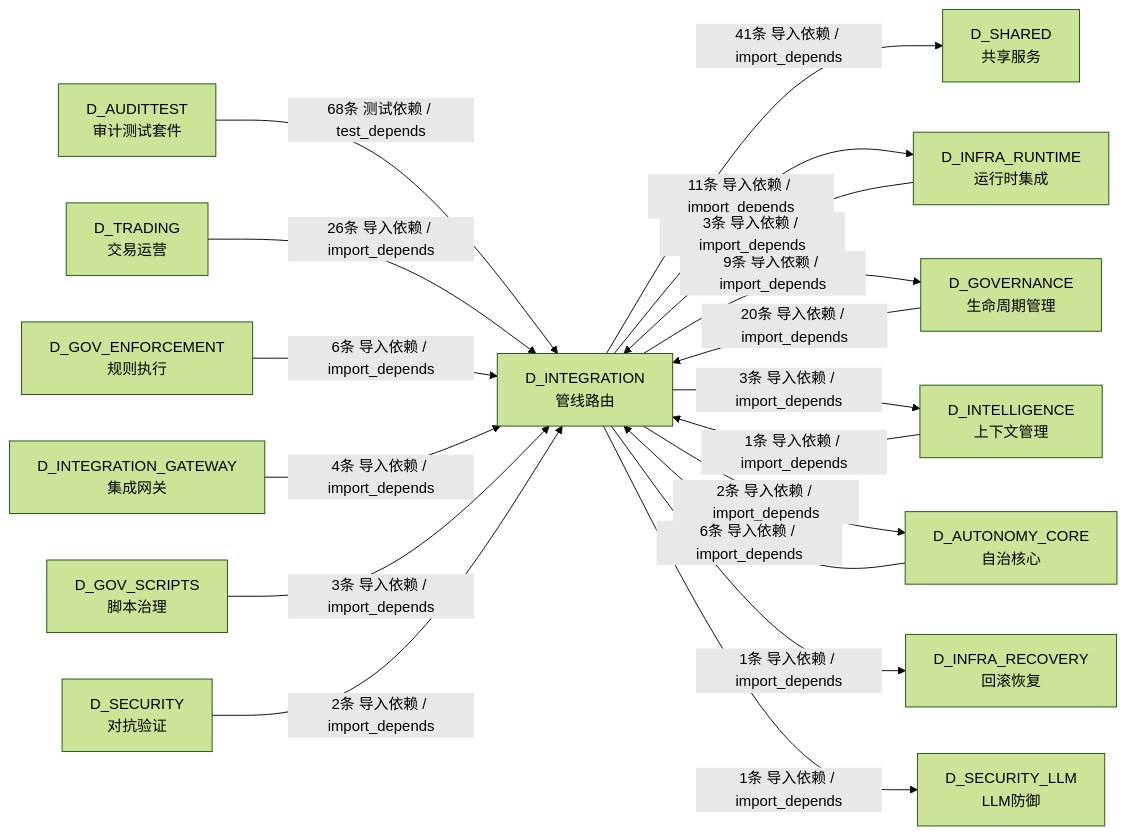
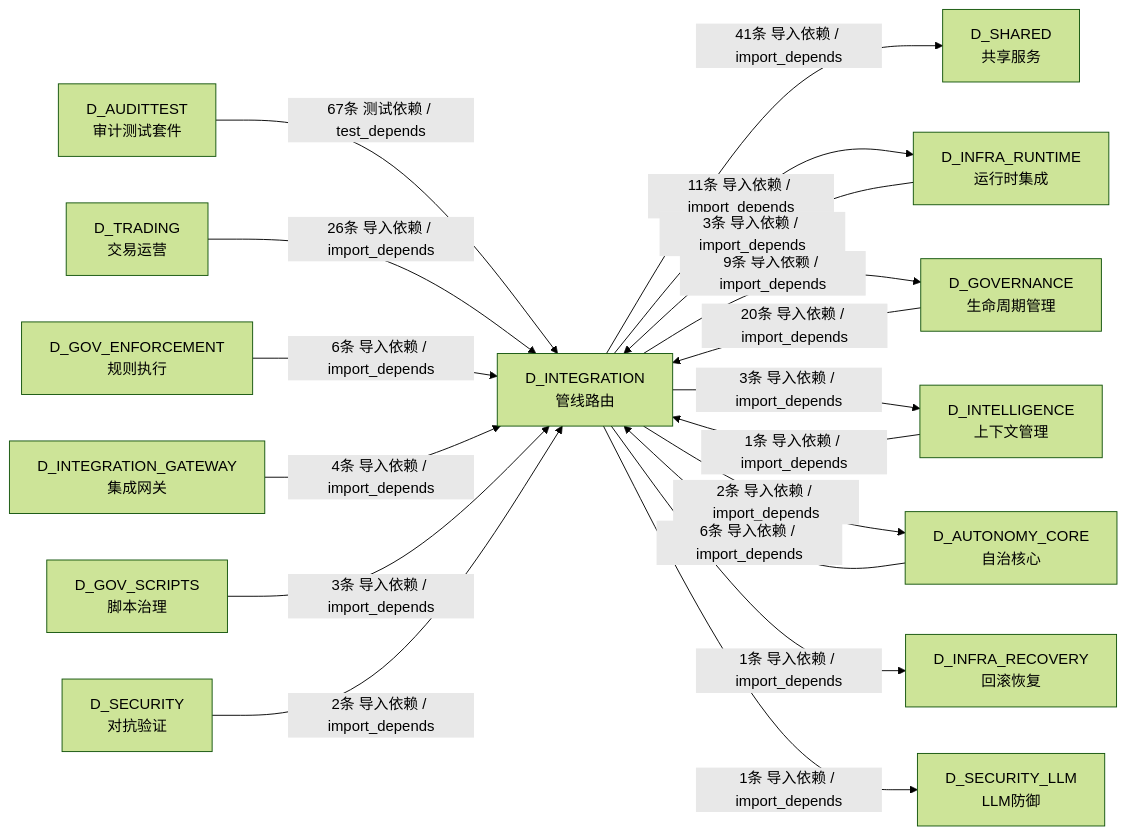
Before and after one commit to xuanFelixVan/ZephyrAlpha: the sixth of 6 diagrams in docs/02_enterprise_architecture/02_domain_architecture_docs/12_d_integration.md, drawn with Mermaid (forest theme). The commit also changed other lines of this file and 100 other files, not shown here.

````diff
--- a/docs/02_enterprise_architecture/02_domain_architecture_docs/12_d_integration.md
+++ b/docs/02_enterprise_architecture/02_domain_architecture_docs/12_d_integration.md
@@ -835,34 +829,34 @@
 ```mermaid
 graph LR
     D_INTEGRATION["D_INTEGRATION<br/>管线路由"]
     D_SHARED["D_SHARED<br/>共享服务"]
     D_INFRA_RUNTIME["D_INFRA_RUNTIME<br/>运行时集成"]
     D_GOVERNANCE["D_GOVERNANCE<br/>生命周期管理"]
     D_INTELLIGENCE["D_INTELLIGENCE<br/>上下文管理"]
     D_AUTONOMY_CORE["D_AUTONOMY_CORE<br/>自治核心"]
     D_INFRA_RECOVERY["D_INFRA_RECOVERY<br/>回滚恢复"]
     D_SECURITY_LLM["D_SECURITY_LLM<br/>LLM防御"]
     D_AUDITTEST["D_AUDITTEST<br/>审计测试套件"]
     D_TRADING["D_TRADING<br/>交易运营"]
     D_GOV_ENFORCEMENT["D_GOV_ENFORCEMENT<br/>规则执行"]
     D_INTEGRATION_GATEWAY["D_INTEGRATION_GATEWAY<br/>集成网关"]
     D_GOV_SCRIPTS["D_GOV_SCRIPTS<br/>脚本治理"]
     D_SECURITY["D_SECURITY<br/>对抗验证"]
     D_INTEGRATION -->|41条 导入依赖 / import_depends| D_SHARED
     D_INTEGRATION -->|11条 导入依赖 / import_depends| D_INFRA_RUNTIME
     D_INTEGRATION -->|9条 导入依赖 / import_depends| D_GOVERNANCE
     D_INTEGRATION -->|3条 导入依赖 / import_depends| D_INTELLIGENCE
     D_INTEGRATION -->|2条 导入依赖 / import_depends| D_AUTONOMY_CORE
     D_INTEGRATION -->|1条 导入依赖 / import_depends| D_INFRA_RECOVERY
     D_INTEGRATION -->|1条 导入依赖 / import_depends| D_SECURITY_LLM
-    D_AUDITTEST -->|68条 测试依赖 / test_depends| D_INTEGRATION
+    D_AUDITTEST -->|67条 测试依赖 / test_depends| D_INTEGRATION
     D_TRADING -->|26条 导入依赖 / import_depends| D_INTEGRATION
     D_GOVERNANCE -->|20条 导入依赖 / import_depends| D_INTEGRATION
     D_GOV_ENFORCEMENT -->|6条 导入依赖 / import_depends| D_INTEGRATION
     D_AUTONOMY_CORE -->|6条 导入依赖 / import_depends| D_INTEGRATION
     D_INTEGRATION_GATEWAY -->|4条 导入依赖 / import_depends| D_INTEGRATION
     D_INFRA_RUNTIME -->|3条 导入依赖 / import_depends| D_INTEGRATION
     D_GOV_SCRIPTS -->|3条 导入依赖 / import_depends| D_INTEGRATION
     D_SECURITY -->|2条 导入依赖 / import_depends| D_INTEGRATION
     D_INTELLIGENCE -->|1条 导入依赖 / import_depends| D_INTEGRATION
 ```
````
